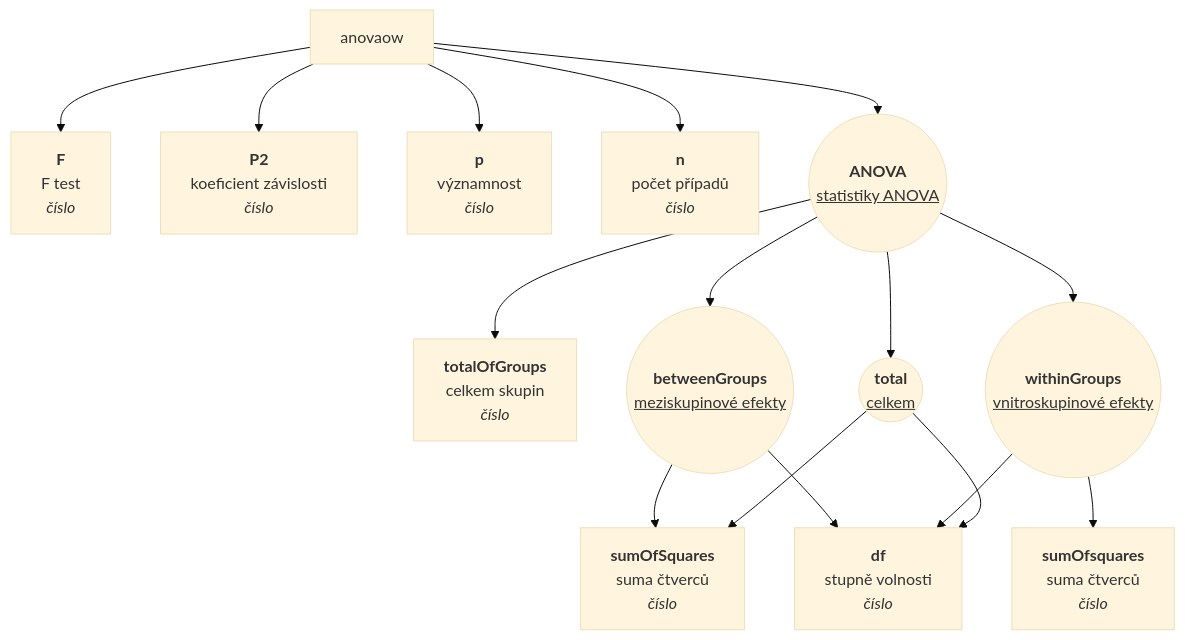
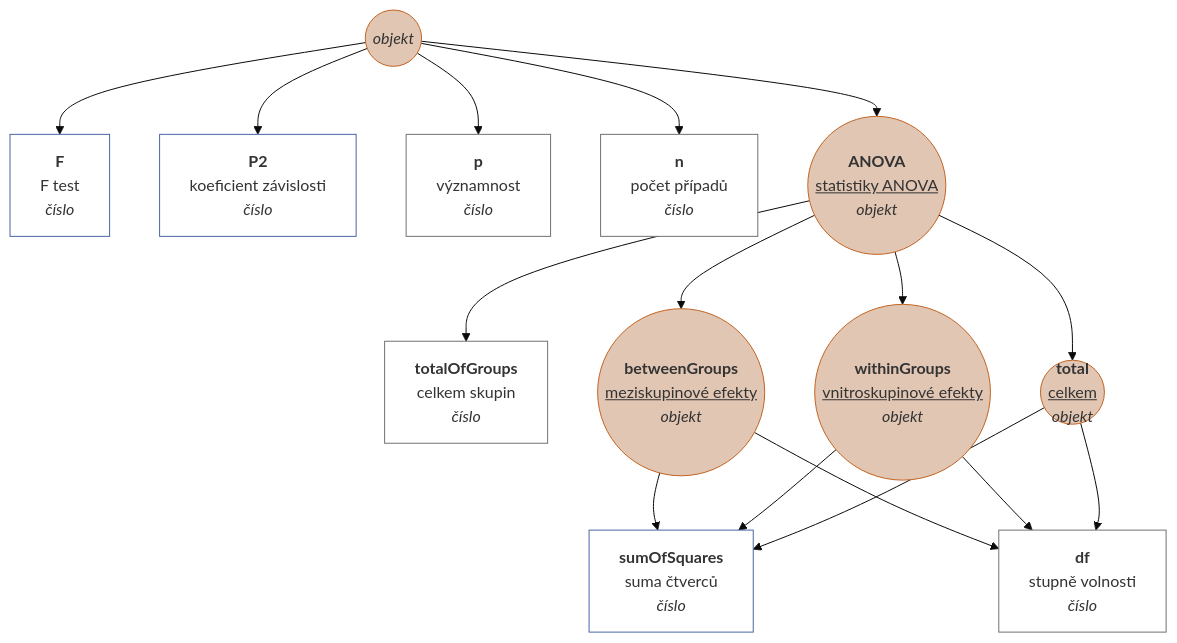
One commit to muzikp/retusa changed the seventh of 13 diagrams in docs/cs-CZ/matrix.md. Above: the diagram before and after it, drawn with Mermaid (base theme). The commit also changed other lines of this file and 17 other files, not shown here.

````diff
--- a/docs/cs-CZ/matrix.md
+++ b/docs/cs-CZ/matrix.md
@@ -294,19 +329,56 @@
 ```mermaid
 graph TD
+anovaow((<i>objekt</i>))
+style anovaow fill:#E1C6B3;
+style anovaow stroke:#C36422;
 anovaow --> F[<b>F</b><br>F test <br><i>číslo</i>]
+style F fill:#FFFFFF;
+style F stroke:#4967A4;
 anovaow --> P2[<b>P2</b><br>koeficient závislosti <br><i>číslo</i>]
+style P2 fill:#FFFFFF;
+style P2 stroke:#4967A4;
 anovaow --> p[<b>p</b><br>významnost <br><i>číslo</i>]
+style p fill:#FFFFFF;
+style p stroke:#75716F;
 anovaow --> n[<b>n</b><br>počet případů <br><i>číslo</i>]
+style n fill:#FFFFFF;
+style n stroke:#75716F;
 anovaow --> ANOVA((<b>ANOVA</b><br><u>statistiky ANOVA</u>))
+ANOVA((<b>ANOVA</b><br><u>statistiky ANOVA</u><br><i>objekt</i>))
+style ANOVA fill:#E1C6B3;
+style ANOVA stroke:#C36422;
 ANOVA --> totalOfGroups[<b>totalOfGroups</b><br>celkem skupin <br><i>číslo</i>]
+style totalOfGroups fill:#FFFFFF;
+style totalOfGroups stroke:#75716F;
 ANOVA --> betweenGroups((<b>betweenGroups</b><br><u>meziskupinové efekty</u>))
+betweenGroups((<b>betweenGroups</b><br><u>meziskupinové efekty</u><br><i>objekt</i>))
+style betweenGroups fill:#E1C6B3;
+style betweenGroups stroke:#C36422;
 betweenGroups --> sumOfSquares[<b>sumOfSquares</b><br>suma čtverců <br><i>číslo</i>]
+style sumOfSquares fill:#FFFFFF;
+style sumOfSquares stroke:#4967A4;
 betweenGroups --> df[<b>df</b><br>stupně volnosti <br><i>číslo</i>]
+style df fill:#FFFFFF;
+style df stroke:#75716F;
 ANOVA --> withinGroups((<b>withinGroups</b><br><u>vnitroskupinové efekty</u>))
-withinGroups --> sumOfsquares[<b>sumOfsquares</b><br>suma čtverců <br><i>číslo</i>]
+withinGroups((<b>withinGroups</b><br><u>vnitroskupinové efekty</u><br><i>objekt</i>))
+style withinGroups fill:#E1C6B3;
+style withinGroups stroke:#C36422;
+withinGroups --> sumOfSquares[<b>sumOfSquares</b><br>suma čtverců <br><i>číslo</i>]
+style sumOfSquares fill:#FFFFFF;
+style sumOfSquares stroke:#4967A4;
 withinGroups --> df[<b>df</b><br>stupně volnosti <br><i>číslo</i>]
+style df fill:#FFFFFF;
+style df stroke:#75716F;
 ANOVA --> total((<b>total</b><br><u>celkem</u>))
+total((<b>total</b><br><u>celkem</u><br><i>objekt</i>))
+style total fill:#E1C6B3;
+style total stroke:#C36422;
 total --> sumOfSquares[<b>sumOfSquares</b><br>suma čtverců <br><i>číslo</i>]
+style sumOfSquares fill:#FFFFFF;
+style sumOfSquares stroke:#4967A4;
 total --> df[<b>df</b><br>stupně volnosti <br><i>číslo</i>]
+style df fill:#FFFFFF;
+style df stroke:#75716F;
 
 ```
````
